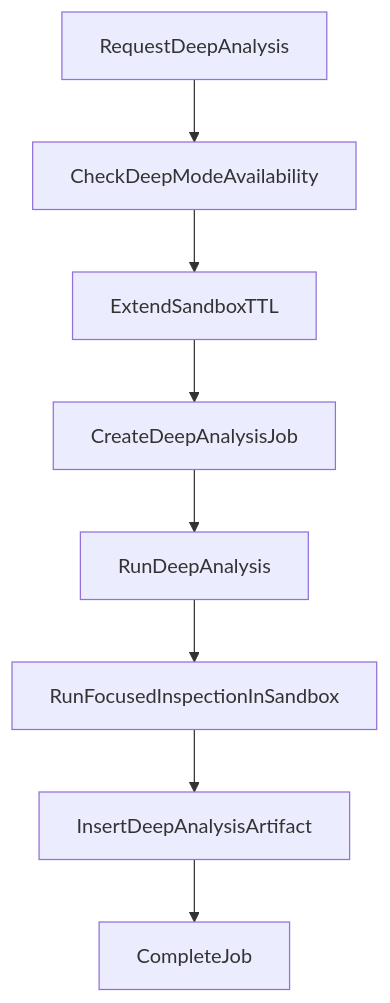
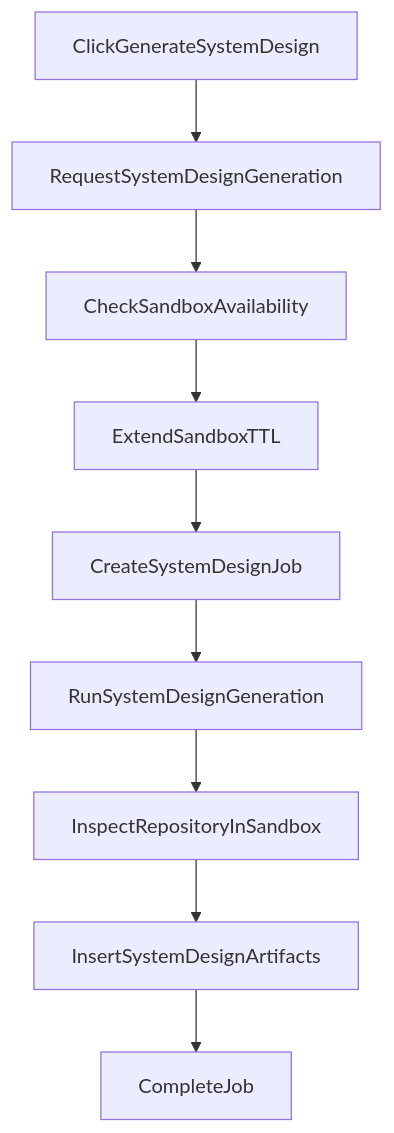
One commit to EricTsai83/systify changed the third of 3 diagrams in docs/chat-and-analysis-pipeline.md. Above: the diagram before and after it, drawn with Mermaid. The commit also changed other lines of this file and 64 other files, not shown here.

First line of the commit message:
Replace deep analysis with Generate System Design feature

````diff
--- a/docs/chat-and-analysis-pipeline.md
+++ b/docs/chat-and-analysis-pipeline.md
@@ -205,19 +205,21 @@
 ```mermaid
 flowchart TD
-  Request[RequestDeepAnalysis]
-  CheckSandbox[CheckDeepModeAvailability]
+  Click[ClickGenerateSystemDesign]
+  Request[RequestSystemDesignGeneration]
+  CheckSandbox[CheckSandboxAvailability]
   ExtendTTL[ExtendSandboxTTL]
-  CreateJob[CreateDeepAnalysisJob]
-  RunNodeAction[RunDeepAnalysis]
-  FocusedInspection[RunFocusedInspectionInSandbox]
-  PersistArtifact[InsertDeepAnalysisArtifact]
+  CreateJob[CreateSystemDesignJob]
+  RunNodeAction[RunSystemDesignGeneration]
+  FocusedInspection[InspectRepositoryInSandbox]
+  PersistArtifacts[InsertSystemDesignArtifacts]
   Finish[CompleteJob]
 
+  Click --> Request
   Request --> CheckSandbox
   CheckSandbox --> ExtendTTL
   ExtendTTL --> CreateJob
   CreateJob --> RunNodeAction
   RunNodeAction --> FocusedInspection
-  FocusedInspection --> PersistArtifact
-  PersistArtifact --> Finish
+  FocusedInspection --> PersistArtifacts
+  PersistArtifacts --> Finish
 ```
````
